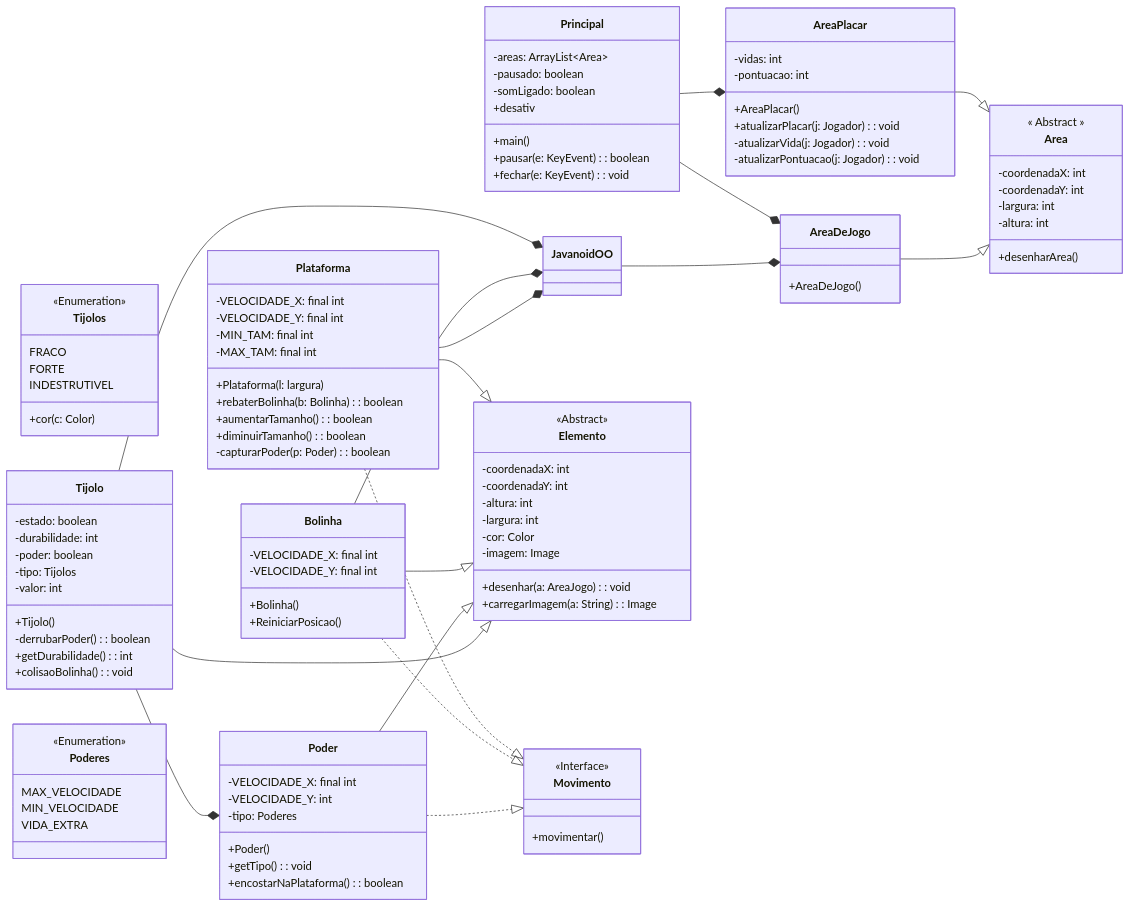
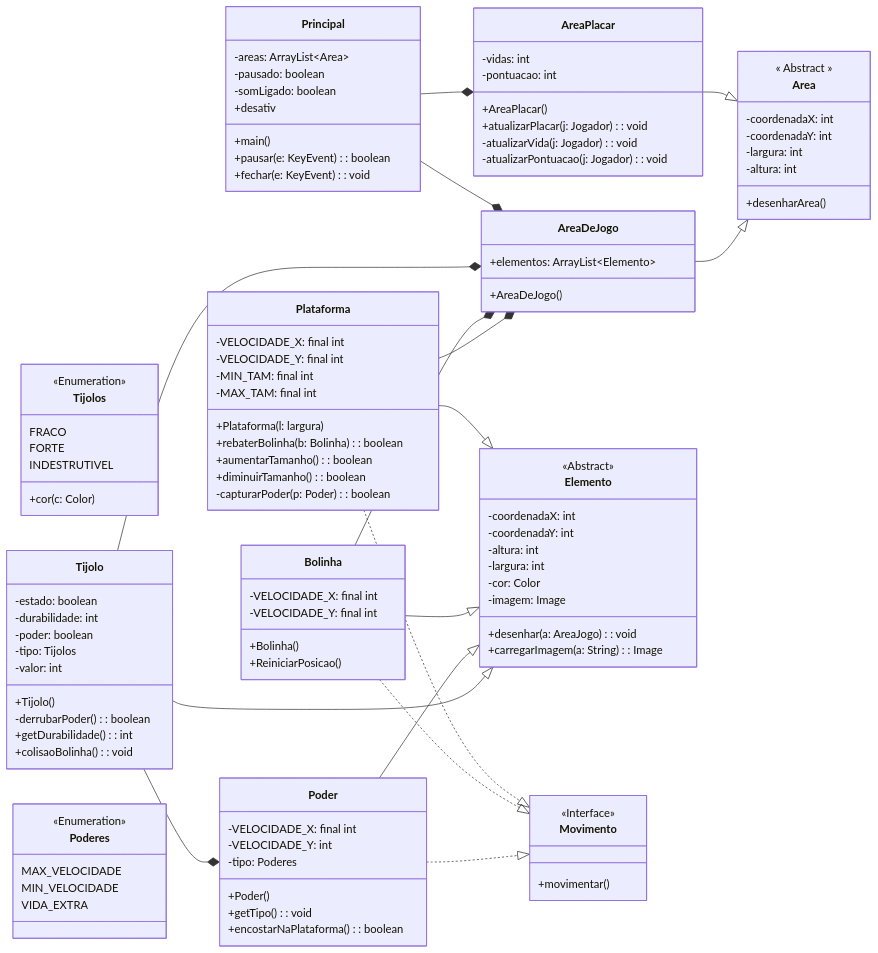
Before and after one commit to luizakuze/POO: the diagram in proj-02/diagrama4.md, drawn with Mermaid. The commit also changed 3 other files, not shown here.

Commit message:
diagrama

```diff
--- a/proj-02/diagrama4.md
+++ b/proj-02/diagrama4.md
@@ -22,13 +22,10 @@
 
     class AreaDeJogo {
         +AreaDeJogo()
+        +elementos: ArrayList~Elemento~
 
     }
 
-
-    class JavanoidOO {
-        
-    }
 
     class Area {
         << Abstract >>
@@ -129,11 +126,10 @@
     Poder ..|> Movimento 
     Bolinha ..|> Movimento 
     Plataforma ..|> Movimento
-    Plataforma --* JavanoidOO
-    Bolinha --* JavanoidOO
-    Tijolo --* JavanoidOO
+    Plataforma --* AreaDeJogo
+    Bolinha --* AreaDeJogo
+    Tijolo --* AreaDeJogo
 
-    JavanoidOO --* AreaDeJogo
 
     AreaDeJogo --|> Area 
     AreaPlacar --|> Area 
```
